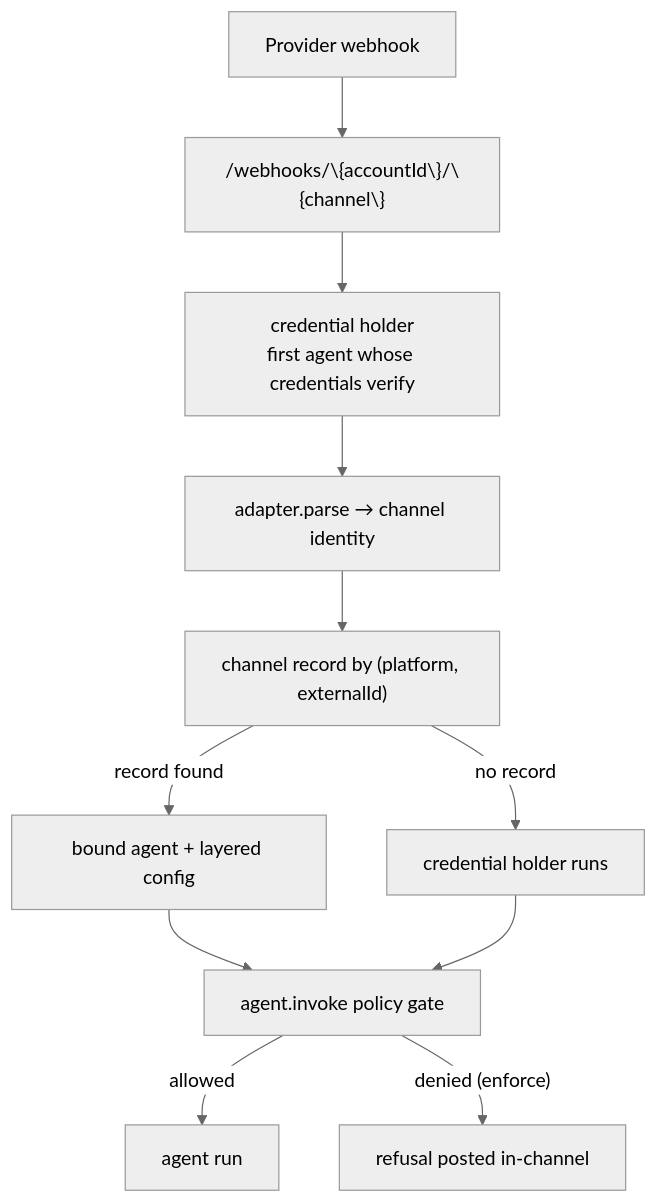
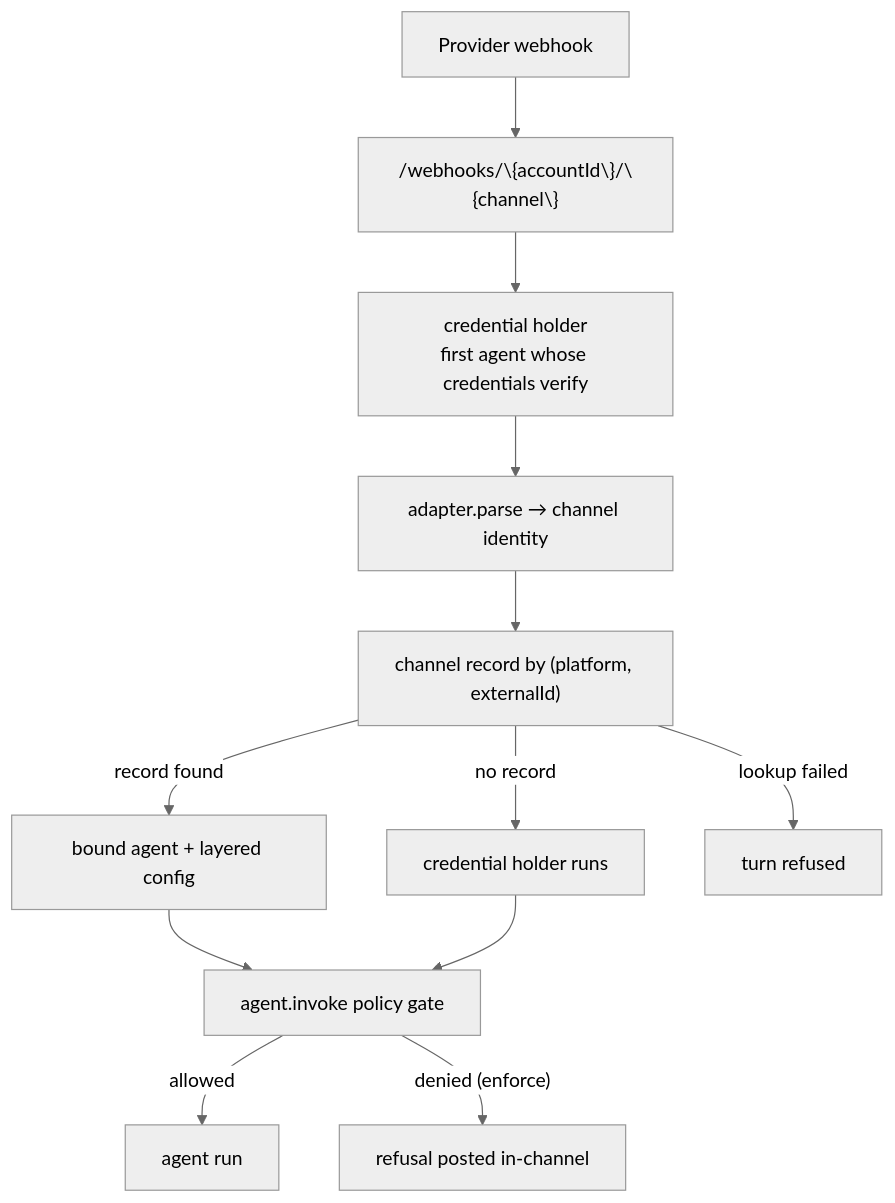
The diagram in apps/docs/docs/channels/channel-records.md (beeblastco/broods), drawn with Mermaid (neutral theme) before and after one commit. The commit also changed other lines of this file and 18 other files, not shown here.

````diff
--- a/apps/docs/docs/channels/channel-records.md
+++ b/apps/docs/docs/channels/channel-records.md
@@ -28,13 +28,14 @@
 ```mermaid
 flowchart TD
   Provider["Provider webhook"] --> Url["/webhooks/\{accountId\}/\{channel\}"]
   Url --> Holder["credential holder<br/>first agent whose credentials verify"]
   Holder --> Parse["adapter.parse → channel identity"]
   Parse --> Lookup["channel record by (platform, externalId)"]
   Lookup -->|"record found"| Bound["bound agent + layered config"]
   Lookup -->|"no record"| Holder2["credential holder runs"]
+  Lookup -->|"lookup failed"| Refused["turn refused"]
   Bound --> Gate["agent.invoke policy gate"]
   Holder2 --> Gate
   Gate -->|"allowed"| Run["agent run"]
   Gate -->|"denied (enforce)"| Refuse["refusal posted in-channel"]
 ```
````
